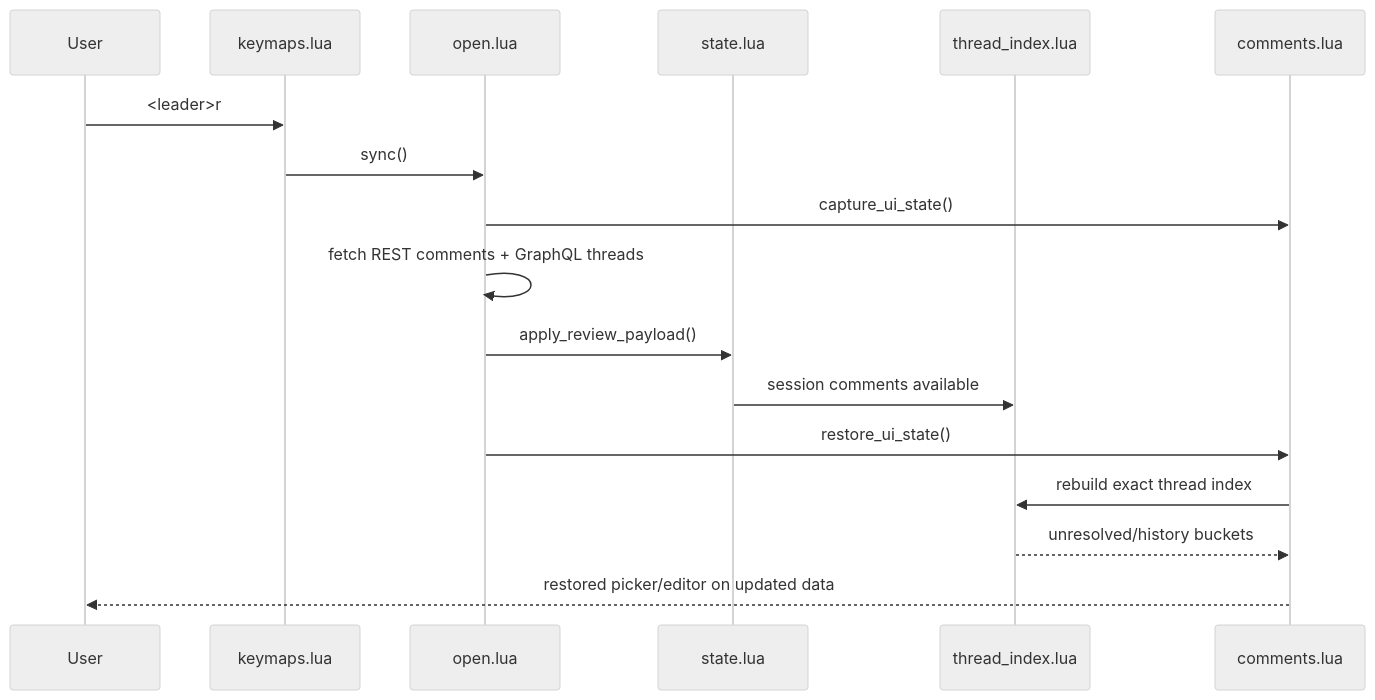
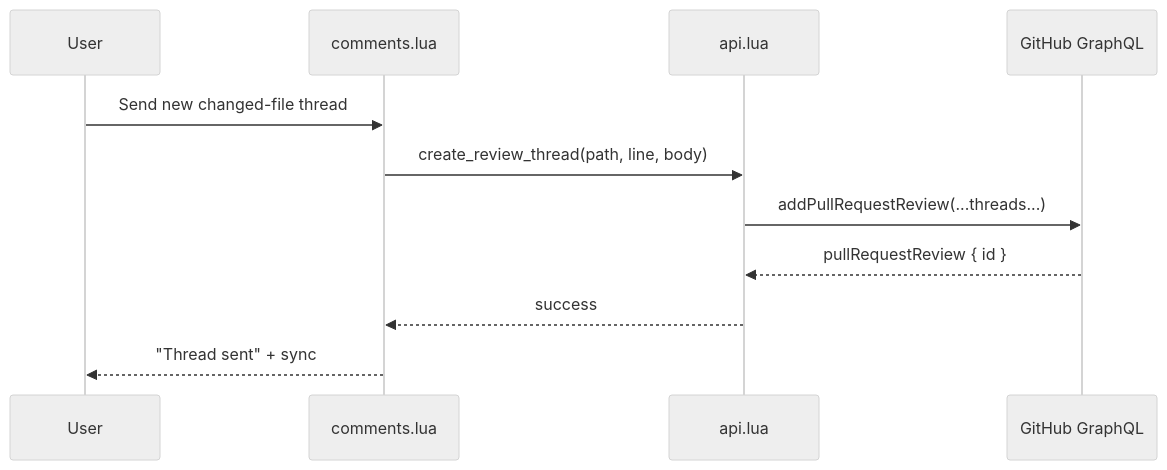
Before and after one commit to bajor/nvim-raccoon: the second of 2 diagrams in ARCHITECTURE_DIFF.md, drawn with Mermaid (neutral theme). The commit also changed other lines of this file and 3 other files, not shown here.

Commit message:
fix: use valid GraphQL payload for changed-file threads

````diff
--- a/ARCHITECTURE_DIFF.md
+++ b/ARCHITECTURE_DIFF.md
@@ -23,20 +17,14 @@
 ```mermaid
 sequenceDiagram
     participant U as User
-    participant K as keymaps.lua
-    participant O as open.lua
-    participant S as state.lua
-    participant T as thread_index.lua
     participant C as comments.lua
+    participant A as api.lua
+    participant G as GitHub GraphQL
 
-    U->>K: <leader>r
-    K->>O: sync()
-    O->>C: capture_ui_state()
-    O->>O: fetch REST comments + GraphQL threads
-    O->>S: apply_review_payload()
-    S->>T: session comments available
-    O->>C: restore_ui_state()
-    C->>T: rebuild exact thread index
-    T-->>C: unresolved/history buckets
-    C-->>U: restored picker/editor on updated data
+    U->>C: Send new changed-file thread
+    C->>A: create_review_thread(path, line, body)
+    A->>G: addPullRequestReview(...threads...)
+    G-->>A: pullRequestReview { id }
+    A-->>C: success
+    C-->>U: "Thread sent" + sync
 ```
````
